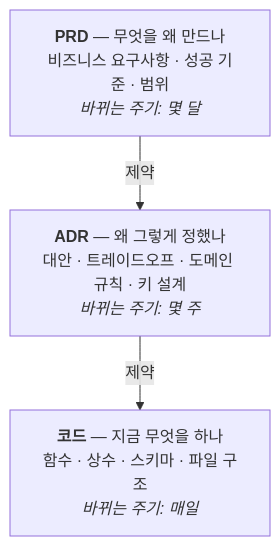
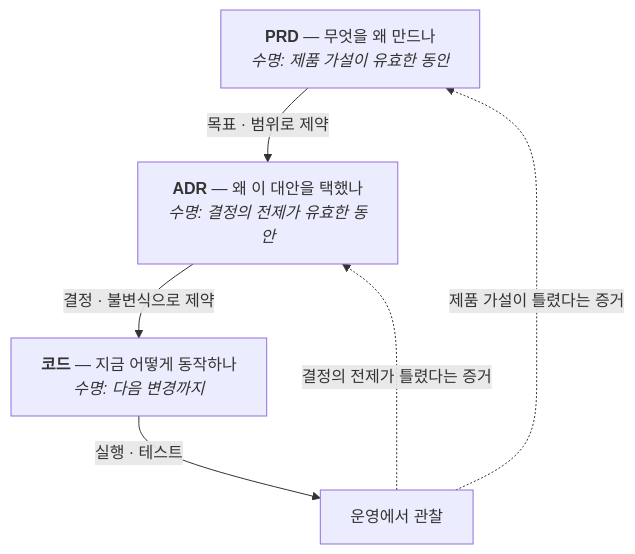
The first of 11 diagrams in _posts/2026-07-25-alps-adr-abstraction-boundaries.md (haandol/haandol.github.com), drawn with Mermaid before and after one commit. The commit also changed other lines of this file, not shown here.

Commit message:
docs: clarify PRD ADR and code lifecycles

````diff
--- a/_posts/2026-07-25-alps-adr-abstraction-boundaries.md
+++ b/_posts/2026-07-25-alps-adr-abstraction-boundaries.md
@@ -33,9 +33,12 @@
 ```mermaid
 flowchart TD
-    PRD["<b>PRD</b> — 무엇을 왜 만드나<br/>비즈니스 요구사항 · 성공 기준 · 범위<br/><i>바뀌는 주기: 몇 달</i>"]
-    ADR["<b>ADR</b> — 왜 그렇게 정했나<br/>대안 · 트레이드오프 · 도메인 규칙 · 키 설계<br/><i>바뀌는 주기: 몇 주</i>"]
-    CODE["<b>코드</b> — 지금 무엇을 하나<br/>함수 · 상수 · 스키마 · 파일 구조<br/><i>바뀌는 주기: 매일</i>"]
+    PRD["<b>PRD</b> — 무엇을 왜 만드나<br/><i>수명: 제품 가설이 유효한 동안</i>"]
+    ADR["<b>ADR</b> — 왜 이 대안을 택했나<br/><i>수명: 결정의 전제가 유효한 동안</i>"]
+    CODE["<b>코드</b> — 지금 어떻게 동작하나<br/><i>수명: 다음 변경까지</i>"]
 
-    PRD -->|"제약"| ADR
-    ADR -->|"제약"| CODE
+    PRD -->|"목표 · 범위로 제약"| ADR
+    ADR -->|"결정 · 불변식으로 제약"| CODE
+    CODE -->|"실행 · 테스트"| RUN["운영에서 관찰"]
+    RUN -.->|"제품 가설이 틀렸다는 증거"| PRD
+    RUN -.->|"결정의 전제가 틀렸다는 증거"| ADR
 ```
````
